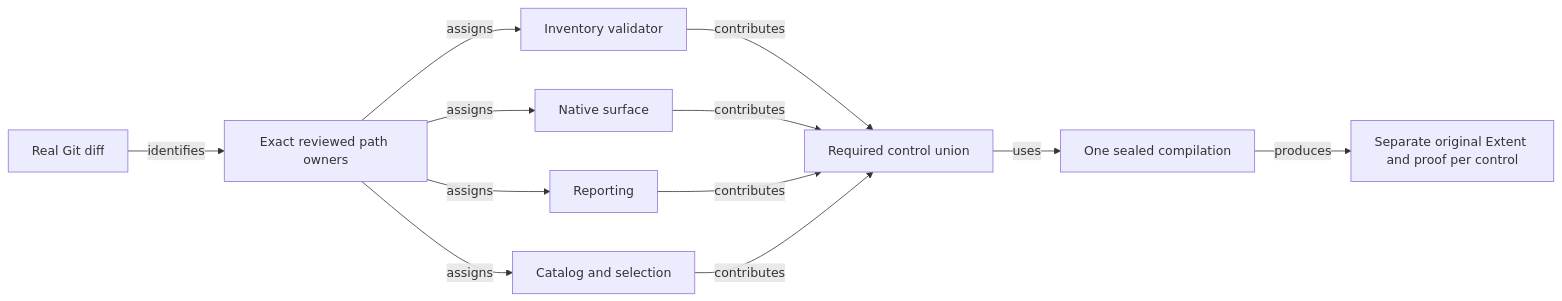
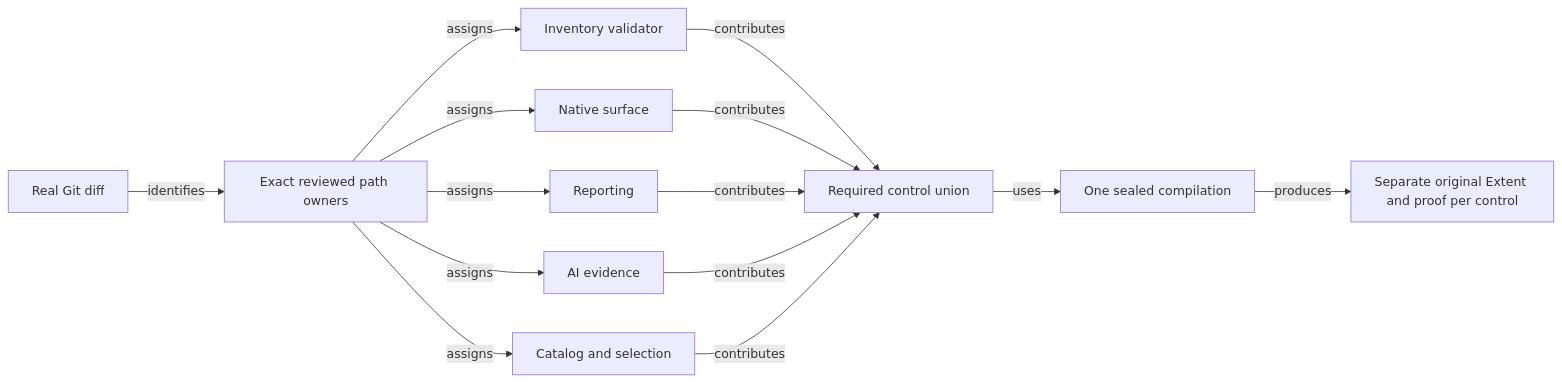
Before and after one commit to crististefanita/whist: the third of 3 diagrams in docs/governance/ATF_TestChanges.md, drawn with Mermaid. The commit also changed other lines of this file and 19 other files, not shown here.

````diff
--- a/docs/governance/ATF_TestChanges.md
+++ b/docs/governance/ATF_TestChanges.md
@@ -169,14 +170,16 @@
 ```mermaid
 flowchart LR
     DIFF["Real Git diff"] -->|identifies| OWNER["Exact reviewed path owners"]
     OWNER -->|assigns| VALIDATOR["Inventory validator"]
     OWNER -->|assigns| UI["Native surface"]
     OWNER -->|assigns| REPORT["Reporting"]
+    OWNER -->|assigns| AI["AI evidence"]
     OWNER -->|assigns| CATALOG["Catalog and selection"]
     VALIDATOR -->|contributes| UNION["Required control union"]
     UI -->|contributes| UNION
     REPORT -->|contributes| UNION
+    AI -->|contributes| UNION
     CATALOG -->|contributes| UNION
     UNION -->|uses| COMPILE["One sealed compilation"]
     COMPILE -->|produces| PROOFS["Separate original Extent and proof per control"]
 ```
````
